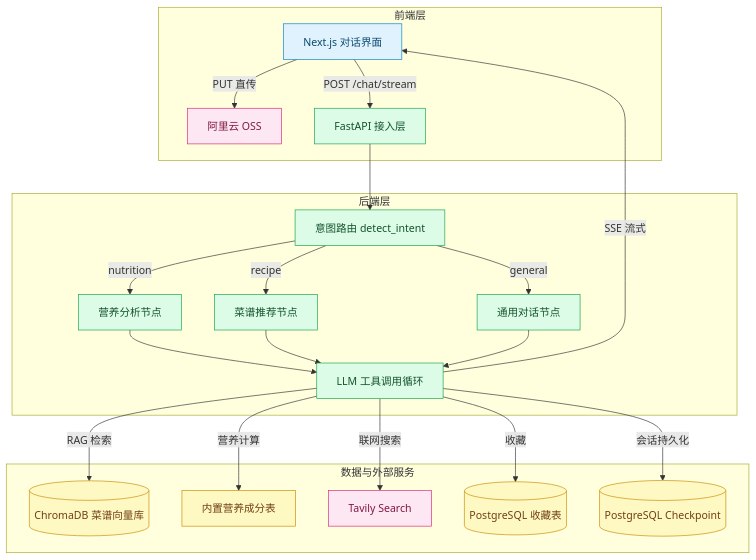
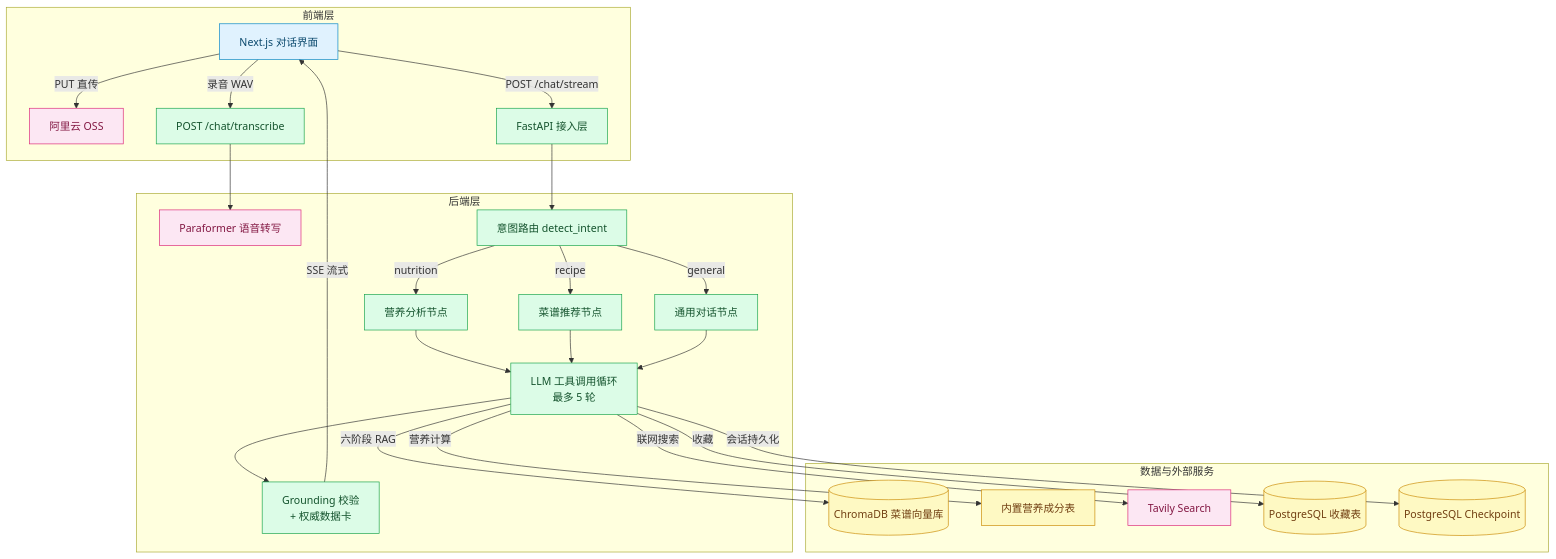
The first of 3 diagrams in README.md (Wangdake00/zhishan-ai-cooking-agent), drawn with Mermaid before and after one commit. The commit also changed other lines of this file, not shown here.

First line of the commit message:
docs: 更新 README 至六阶段 RAG/接地防幻觉/语音/评测现状

````diff
--- a/README.md
+++ b/README.md
@@ -91,30 +126,33 @@
 ```mermaid
 flowchart TB
     classDef frontend fill:#e0f2fe,stroke:#0284c7,color:#0c4a6e
     classDef backend fill:#dcfce7,stroke:#16a34a,color:#14532d
     classDef data fill:#fef9c3,stroke:#ca8a04,color:#713f12
     classDef external fill:#fce7f3,stroke:#db2777,color:#831843
 
     subgraph F["前端层"]
         A[Next.js 对话界面]:::frontend
         A -->|PUT 直传| OSS[阿里云 OSS]:::external
+        A -->|录音 WAV| TR[POST /chat/transcribe]:::backend
         A -->|POST /chat/stream| B[FastAPI 接入层]:::backend
     end
 
     subgraph E["后端层"]
+        TR --> ASR[Paraformer 语音转写]:::external
         B --> C[意图路由 detect_intent]:::backend
         C -->|nutrition| N[营养分析节点]:::backend
         C -->|recipe| R[菜谱推荐节点]:::backend
         C -->|general| G[通用对话节点]:::backend
-        N & R & G --> D[LLM 工具调用循环]:::backend
-        D -->|SSE 流式| A
+        N & R & G --> D[LLM 工具调用循环<br/>最多 5 轮]:::backend
+        D --> GD[Grounding 校验<br/>+ 权威数据卡]:::backend
+        GD -->|SSE 流式| A
     end
 
     subgraph S["数据与外部服务"]
-        D -->|RAG 检索| CH[(ChromaDB 菜谱向量库)]:::data
+        D -->|六阶段 RAG| CH[(ChromaDB 菜谱向量库)]:::data
         D -->|营养计算| NUT[内置营养成分表]:::data
         D -->|联网搜索| TV[Tavily Search]:::external
         D -->|收藏| FAV[(PostgreSQL 收藏表)]:::data
         D -->|会话持久化| CP[(PostgreSQL Checkpoint)]:::data
     end
 ```
````
